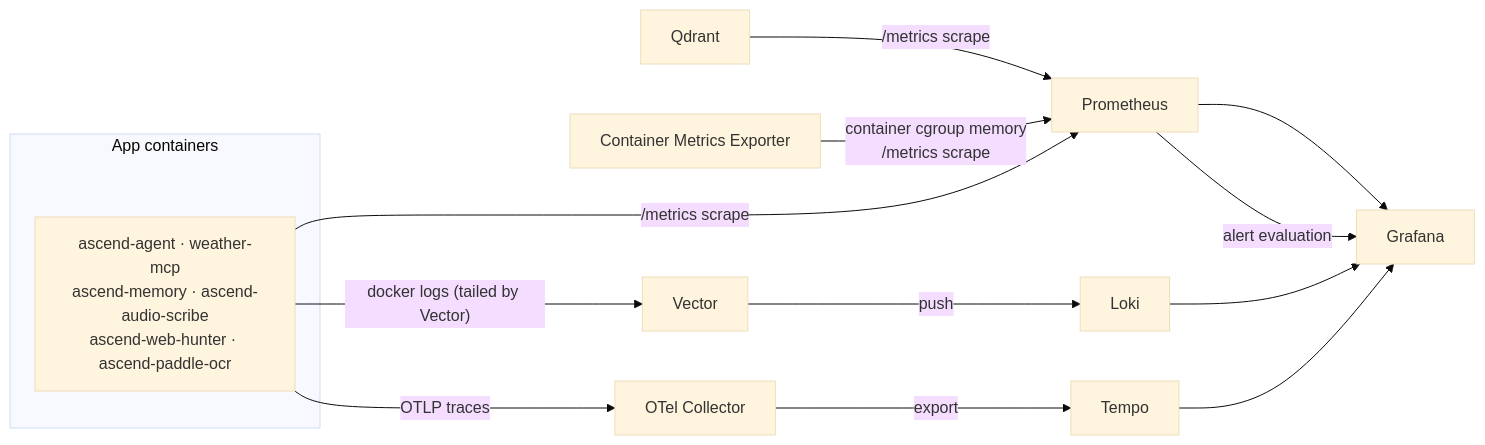
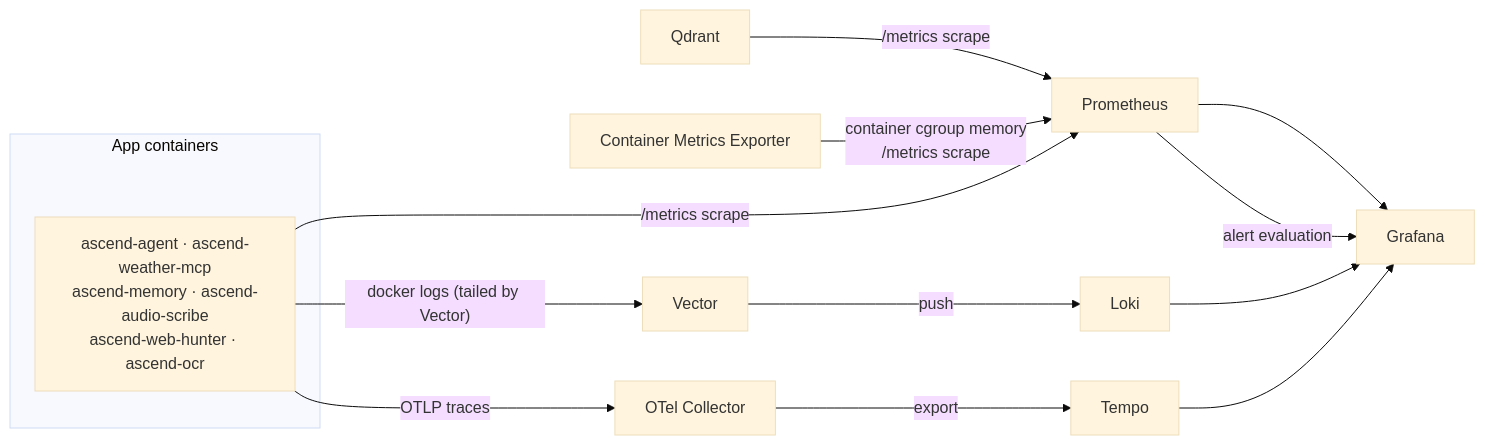
One commit to Lukk17/AscendAI changed the diagram in infra/observability/README.md. Above: the diagram before and after it, drawn with Mermaid (base theme). The commit also changed other lines of this file and 446 other files, not shown here.

````diff
--- a/infra/observability/README.md
+++ b/infra/observability/README.md
@@ -15,21 +15,21 @@
 ```mermaid
 graph LR
     subgraph "App containers"
-        SVC["ascend-agent · weather-mcp<br/>ascend-memory · ascend-audio-scribe<br/>ascend-web-hunter · ascend-paddle-ocr"]
+        SVC["ascend-agent · ascend-weather-mcp<br/>ascend-memory · ascend-audio-scribe<br/>ascend-web-hunter · ascend-ocr"]
     end
 
     SVC -->|"/metrics scrape"| PROM["Prometheus"]
     QD["Qdrant"] -->|"/metrics scrape"| PROM
     CADV["Container Metrics Exporter"] -->|"container cgroup memory<br/>/metrics scrape"| PROM
 
     SVC -->|"docker logs (tailed by Vector)"| VEC["Vector"]
     VEC -->|"push"| LOKI["Loki"]
 
     SVC -->|"OTLP traces"| OTEL["OTel Collector"]
     OTEL -->|"export"| TEMPO["Tempo"]
 
     PROM --> GRAF["Grafana"]
     LOKI --> GRAF
     TEMPO --> GRAF
     PROM -->|"alert evaluation"| GRAF
 ```
````
